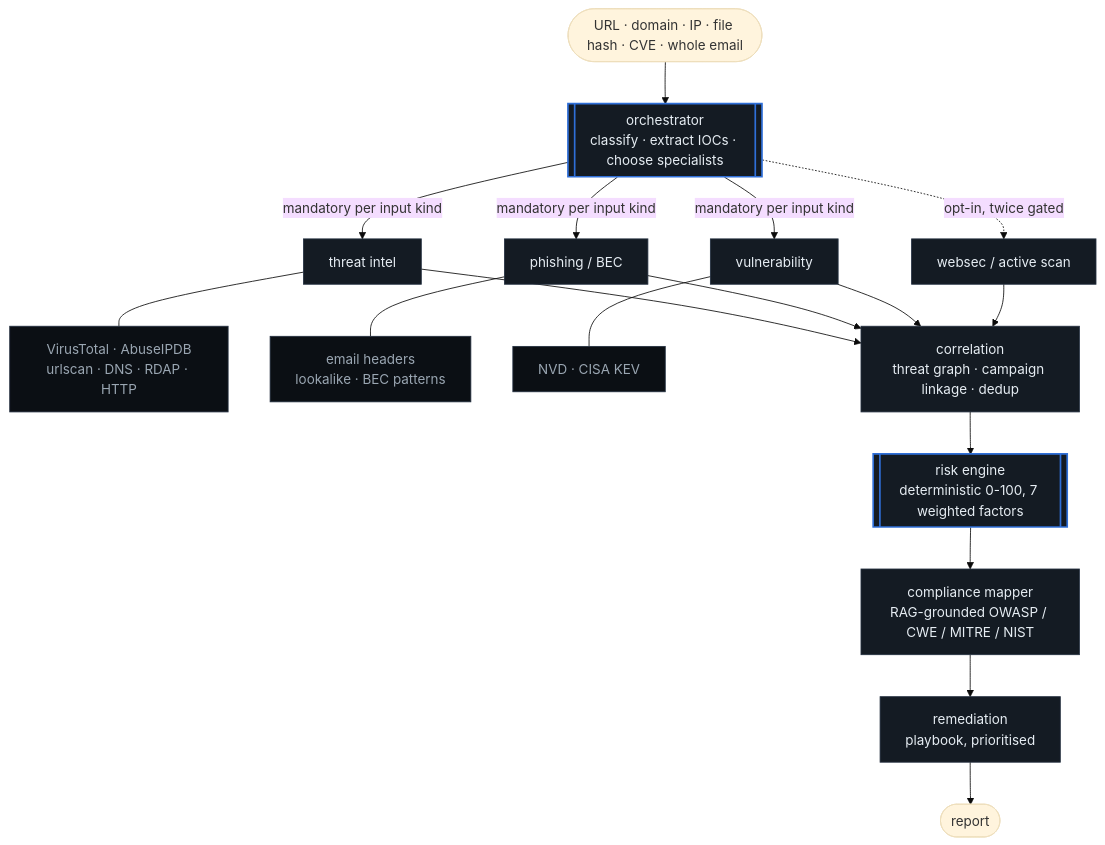
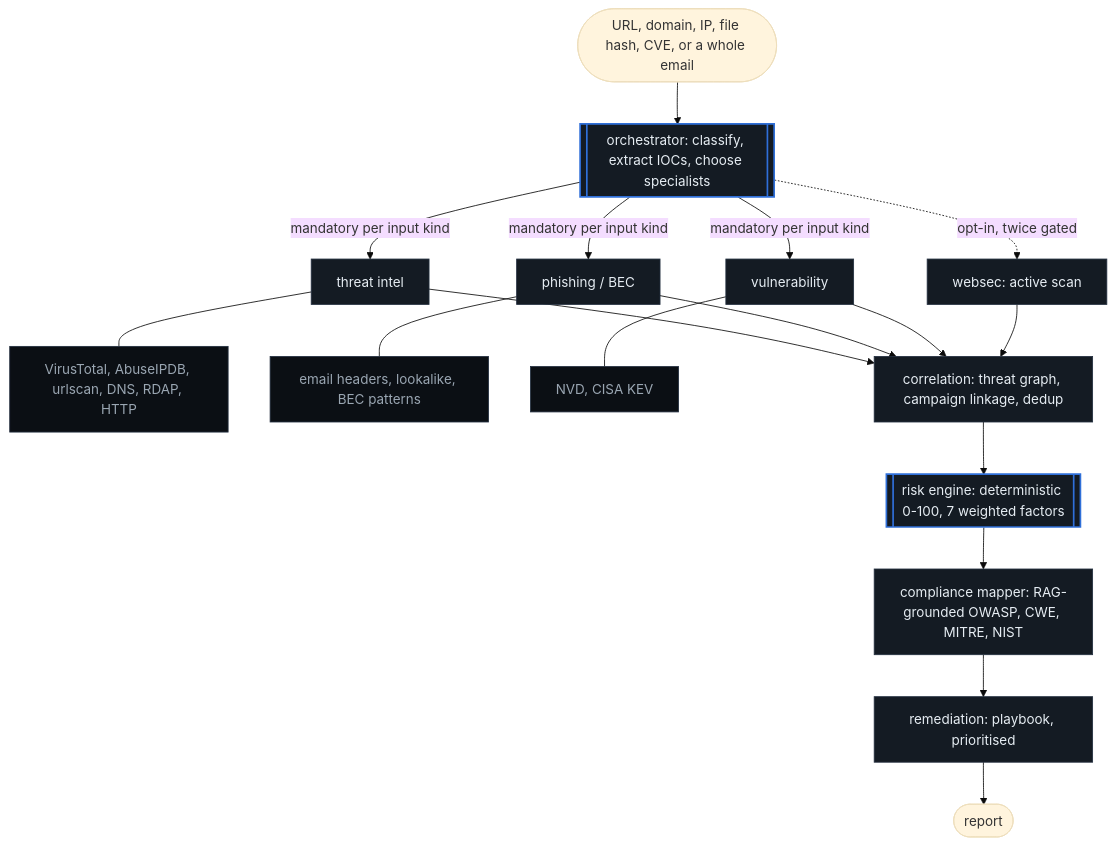
The diagram in README.md (basimasadsiddiqui/Threat-IQ), drawn with Mermaid (base theme) before and after one commit.

Commit message:
Quote every mermaid label so GitHub renders the diagram
GitHub left the block as a code fence rather than a diagram: pre[lang=mermaid]
was present with no enrichment and no rendered sibling, which is a parse
failure rather than lazy loading. Unquoted node labels carrying <br/> and
middle dots are the usual cause, so every label is now quoted and those
characters are gone from the labels themselves.

````diff
--- a/README.md
+++ b/README.md
@@ -214,32 +214,32 @@
 ```mermaid
 flowchart TD
-    IN([URL · domain · IP · file hash · CVE · whole email]) --> ORC
+    IN(["URL, domain, IP, file hash, CVE, or a whole email"]) --> ORC
 
-    ORC[["orchestrator<br/>classify · extract IOCs · choose specialists"]]
+    ORC[["orchestrator: classify, extract IOCs, choose specialists"]]
 
-    ORC -->|mandatory per input kind| TI[threat intel]
-    ORC -->|mandatory per input kind| PH[phishing / BEC]
-    ORC -->|mandatory per input kind| VU[vulnerability]
-    ORC -.->|opt-in, twice gated| WS[websec / active scan]
+    ORC -->|"mandatory per input kind"| TI["threat intel"]
+    ORC -->|"mandatory per input kind"| PH["phishing / BEC"]
+    ORC -->|"mandatory per input kind"| VU["vulnerability"]
+    ORC -.->|"opt-in, twice gated"| WS["websec: active scan"]
 
-    TI --- TIT["VirusTotal · AbuseIPDB<br/>urlscan · DNS · RDAP · HTTP"]
-    PH --- PHT["email headers<br/>lookalike · BEC patterns"]
-    VU --- VUT["NVD · CISA KEV"]
+    TI --- TIT["VirusTotal, AbuseIPDB, urlscan, DNS, RDAP, HTTP"]
+    PH --- PHT["email headers, lookalike, BEC patterns"]
+    VU --- VUT["NVD, CISA KEV"]
 
     TI --> COR
     PH --> COR
     VU --> COR
     WS --> COR
 
-    COR[correlation<br/>threat graph · campaign linkage · dedup] --> RISK
-    RISK[["risk engine<br/>deterministic 0-100, 7 weighted factors"]] --> CMP
-    CMP[compliance mapper<br/>RAG-grounded OWASP / CWE / MITRE / NIST] --> REM
-    REM[remediation<br/>playbook, prioritised] --> REP([report])
+    COR["correlation: threat graph, campaign linkage, dedup"] --> RISK
+    RISK[["risk engine: deterministic 0-100, 7 weighted factors"]] --> CMP
+    CMP["compliance mapper: RAG-grounded OWASP, CWE, MITRE, NIST"] --> REM
+    REM["remediation: playbook, prioritised"] --> REP(["report"])
 
     classDef det fill:#141b23,stroke:#2f6fd8,stroke-width:2px,color:#e6edf3
     classDef agent fill:#141b23,stroke:#243040,color:#e6edf3
     classDef tool fill:#0b0f14,stroke:#243040,color:#9aa6b2
     class ORC,RISK det
     class TI,PH,VU,WS,COR,CMP,REM agent
     class TIT,PHT,VUT tool
 ```
````
